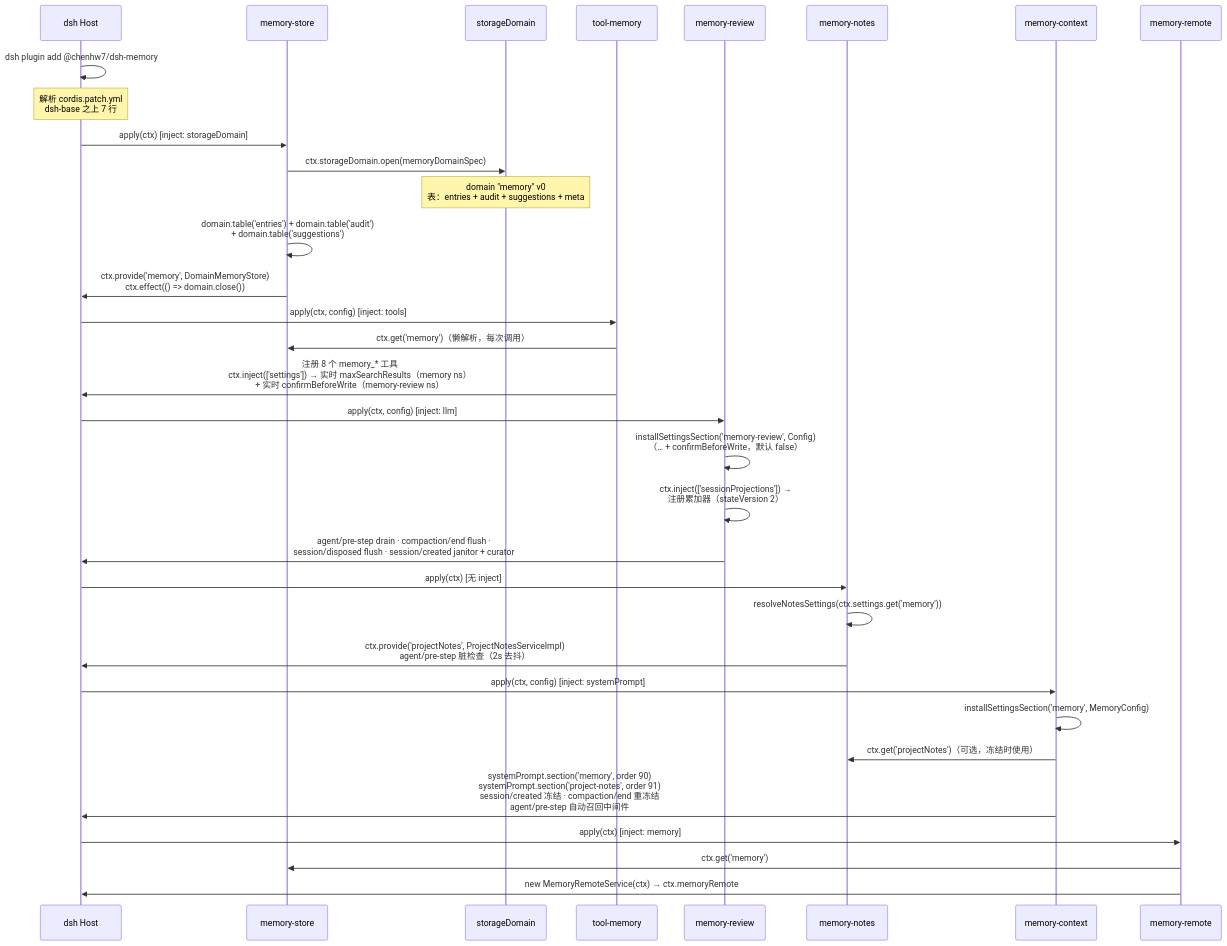
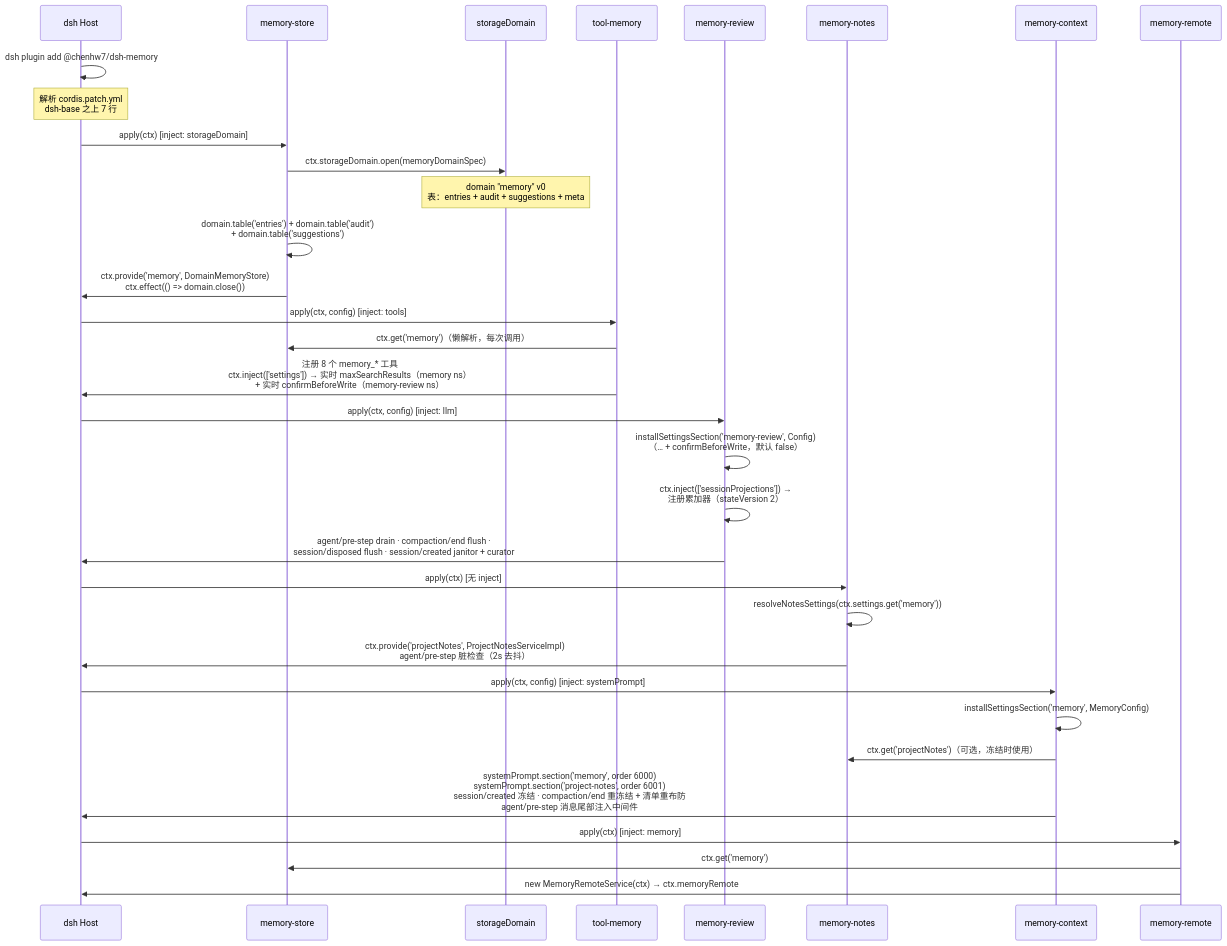
The first of 15 diagrams in docs/SEQUENCE_DIAGRAMS.zh.md (chenhw7/dsh-memory), drawn with Mermaid before and after one commit. The commit also changed other lines of this file and 37 other files, not shown here.

````diff
--- a/docs/SEQUENCE_DIAGRAMS.zh.md
+++ b/docs/SEQUENCE_DIAGRAMS.zh.md
@@ -14,42 +14,42 @@
 ```mermaid
 sequenceDiagram
     participant Host as dsh Host
     participant Store as memory-store
     participant SD as storageDomain
     participant Tool as tool-memory
     participant Review as memory-review
     participant Notes as memory-notes
     participant Context as memory-context
     participant Remote as memory-remote
 
     Host->>Host: dsh plugin add @chenhw7/dsh-memory
     Note over Host: 解析 cordis.patch.yml<br/>dsh-base 之上 7 行
 
     Host->>Store: apply(ctx) [inject: storageDomain]
     Store->>SD: ctx.storageDomain.open(memoryDomainSpec)
     Note over SD: domain "memory" v0<br/>表：entries + audit + suggestions + meta
     Store->>Store: domain.table('entries') + domain.table('audit')<br/>+ domain.table('suggestions')
     Store->>Host: ctx.provide('memory', DomainMemoryStore)<br/>ctx.effect(() => domain.close())
 
     Host->>Tool: apply(ctx, config) [inject: tools]
     Tool->>Store: ctx.get('memory')（懒解析，每次调用）
     Tool->>Host: 注册 8 个 memory_* 工具<br/>ctx.inject(['settings']) → 实时 maxSearchResults（memory ns）<br/>+ 实时 confirmBeforeWrite（memory-review ns）
 
     Host->>Review: apply(ctx, config) [inject: llm]
     Review->>Review: installSettingsSection('memory-review', Config)<br/>（… + confirmBeforeWrite，默认 false）
     Review->>Review: ctx.inject(['sessionProjections']) →<br/>注册累加器（stateVersion 2）
     Review->>Host: agent/pre-step drain · compaction/end flush ·<br/>session/disposed flush · session/created janitor + curator
 
     Host->>Notes: apply(ctx) [无 inject]
     Notes->>Notes: resolveNotesSettings(ctx.settings.get('memory'))
     Notes->>Host: ctx.provide('projectNotes', ProjectNotesServiceImpl)<br/>agent/pre-step 脏检查（2s 去抖）
 
     Host->>Context: apply(ctx, config) [inject: systemPrompt]
     Context->>Context: installSettingsSection('memory', MemoryConfig)
     Context->>Notes: ctx.get('projectNotes')（可选，冻结时使用）
-    Context->>Host: systemPrompt.section('memory', order 90)<br/>systemPrompt.section('project-notes', order 91)<br/>session/created 冻结 · compaction/end 重冻结<br/>agent/pre-step 自动召回中间件
+    Context->>Host: systemPrompt.section('memory', order 6000)<br/>systemPrompt.section('project-notes', order 6001)<br/>session/created 冻结 · compaction/end 重冻结 + 清单重布防<br/>agent/pre-step 消息尾部注入中间件
 
     Host->>Remote: apply(ctx) [inject: memory]
     Remote->>Store: ctx.get('memory')
     Remote->>Host: new MemoryRemoteService(ctx) → ctx.memoryRemote
 ```
````
